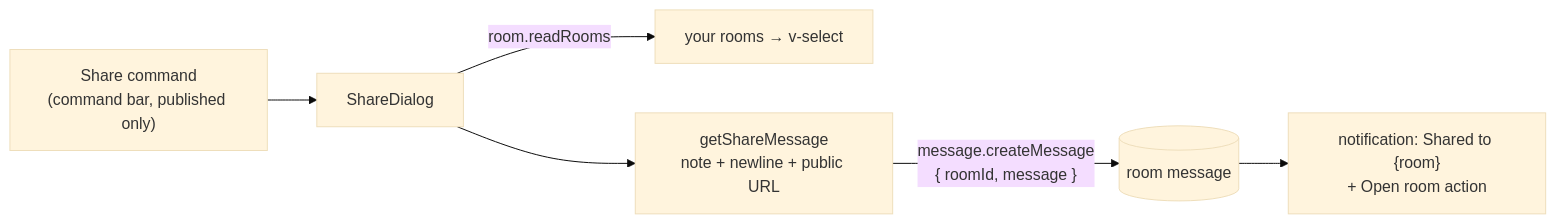
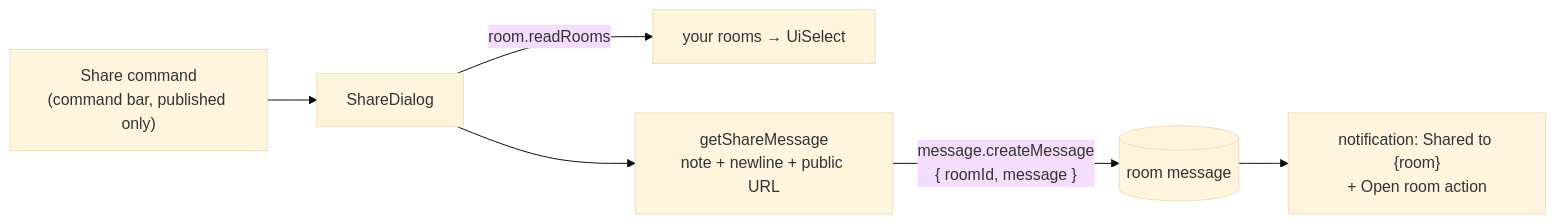
One commit to Esposter/Esposter changed the diagram in apps/web/content/docs/resource/share-to-esbabbler.md. Above: the diagram before and after it, drawn with Mermaid (base theme). The commit also changed other lines of this file and 21 other files, not shown here.

````diff
--- a/apps/web/content/docs/resource/share-to-esbabbler.md
+++ b/apps/web/content/docs/resource/share-to-esbabbler.md
@@ -14,8 +14,8 @@
 ```mermaid
 flowchart LR
   CMD["Share command<br/>(command bar, published only)"] --> DLG["ShareDialog"]
-  DLG -->|room.readRooms| ROOMS["your rooms → v-select"]
+  DLG -->|room.readRooms| ROOMS["your rooms → UiSelect"]
   DLG --> MSG["getShareMessage<br/>note + newline + public URL"]
   MSG -->|"message.createMessage<br/>{ roomId, message }"| ROOM[("room message")]
   ROOM --> OK["notification: Shared to {room}<br/>+ Open room action"]
 ```
````
